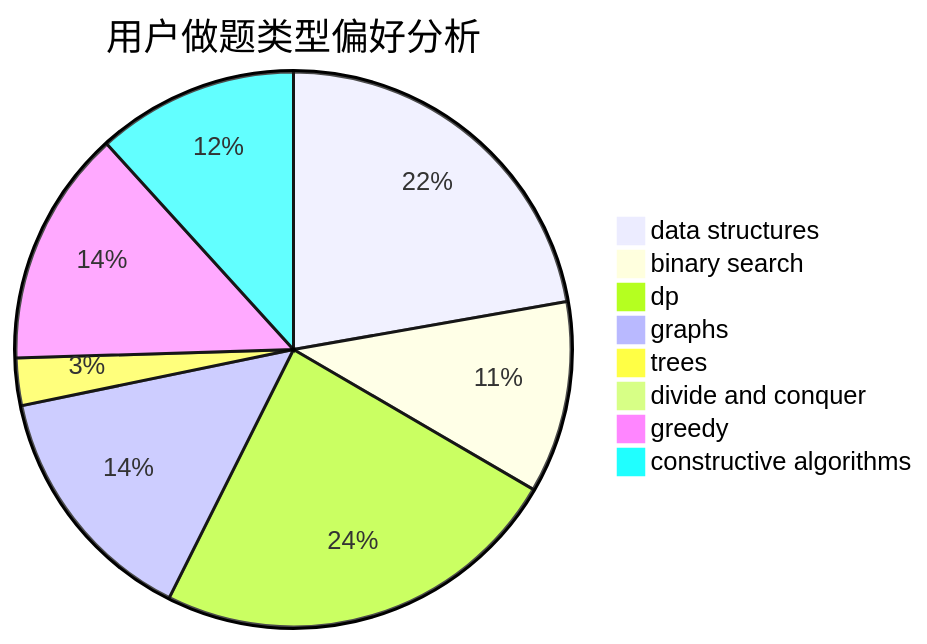
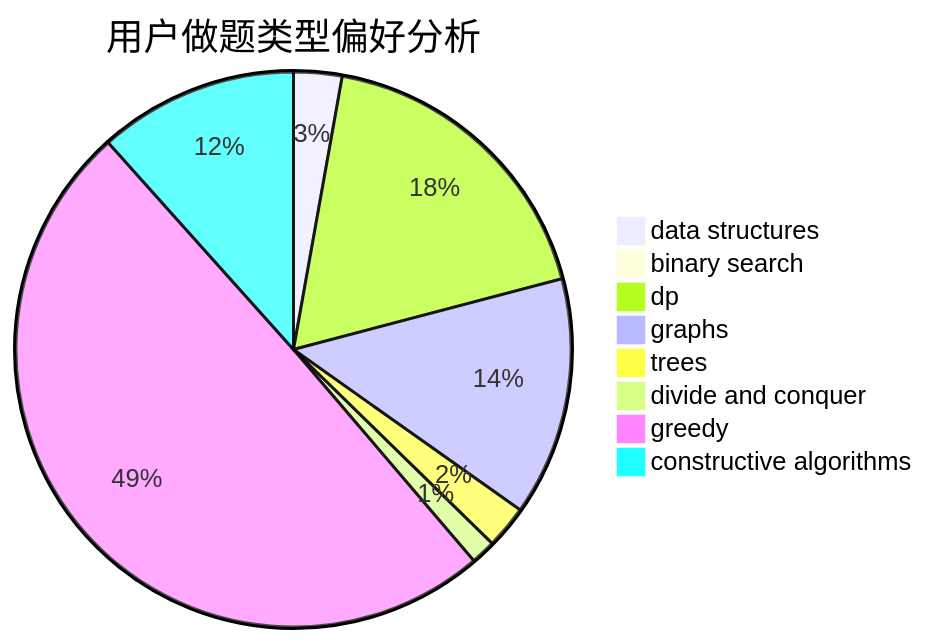
One commit to sherpahu/cfrs.github.io changed the second of 3 diagrams in docs/user/u159.md. Above: the diagram before and after it, drawn with Mermaid. The commit also changed other lines of this file and 2770 other files, not shown here.

````diff
--- a/docs/user/u159.md
+++ b/docs/user/u159.md
@@ -23,11 +23,11 @@
 ```mermaid
 pie title 用户做题类型偏好分析
-    "data structures" :  396
-    "binary search" :  199
-    "dp" :  427
-    "graphs" :  256
-    "trees" :  49
-    "divide and conquer" :  0
-    "greedy" :  245
-    "constructive algorithms" :  209
+    "data structures" :  37
+    "binary search" :  7
+    "dp" :  238
+    "graphs" :  183
+    "trees" :  33
+    "divide and conquer" :  19
+    "greedy" :  653
+    "constructive algorithms" :  153
 ```
````
